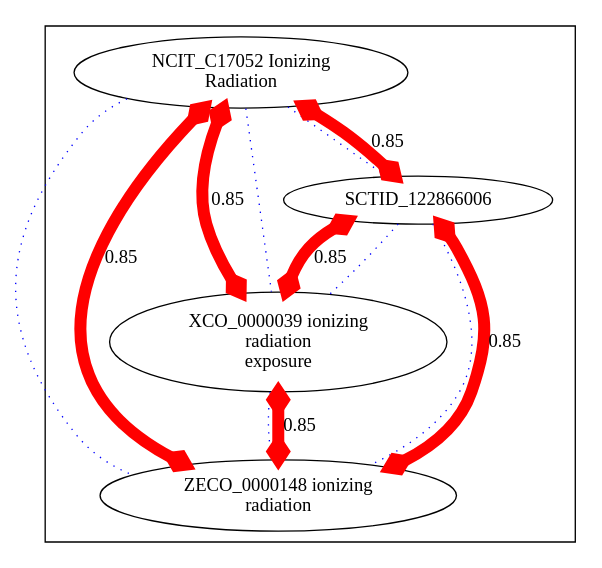
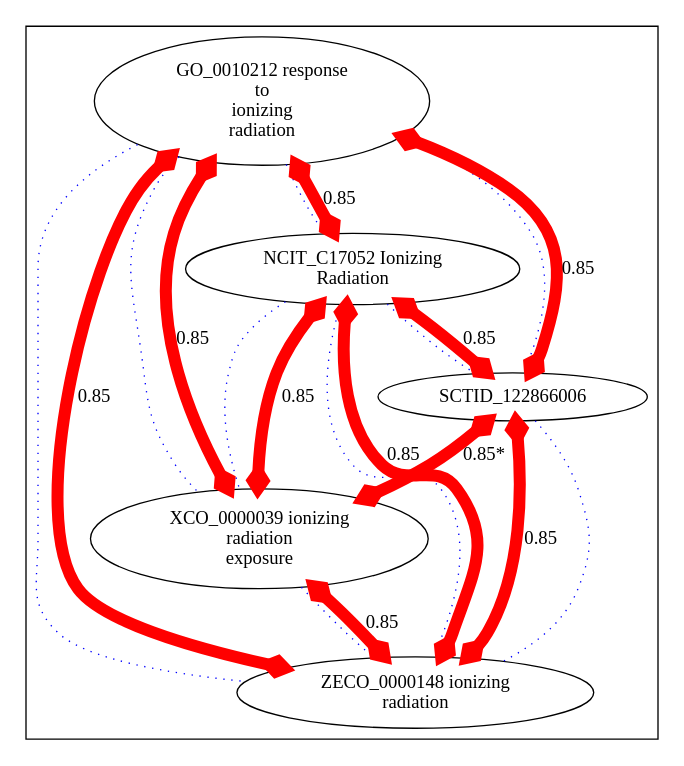
One commit to cmungall/radiation-ontology changed the diagram in target/img-XCO_0000039.dot. Above: the diagram before and after it, drawn with Graphviz. The commit also changed 22 other files, not shown here.

```diff
--- a/target/img-XCO_0000039.dot
+++ b/target/img-XCO_0000039.dot
@@ -1,32 +1,50 @@
 digraph cliquegraph {
 subgraph cluster_XCO_0000039 {XCO_0000039 [ label="XCO_0000039 ionizing
 radiation
 exposure" ];
 ZECO_0000148 [ label="ZECO_0000148 ionizing
 radiation" ];
 NCIT_C17052 [ label="NCIT_C17052 Ionizing
 Radiation" ];
+GO_0010212 [ label="GO_0010212 response
+to
+ionizing
+radiation" ];
 SCTID_122866006 [ label="SCTID_122866006 " ];}
 NCIT_C17052 -> XCO_0000039 [ arrowhead = none, penwidth=1, color=blue, label="", style=dotted]
 
-SCTID_122866006 -> ZECO_0000148 [ arrowhead = none, penwidth=1, color=blue, label="", style=dotted]
+NCIT_C17052 -> ZECO_0000148 [ arrowhead = none, penwidth=1, color=blue, label="", style=dotted]
 
 XCO_0000039 -> ZECO_0000148 [ arrowhead = none, penwidth=1, color=blue, label="", style=dotted]
 
+GO_0010212 -> NCIT_C17052 [ arrowhead = none, penwidth=1, color=blue, label="", style=dotted]
+
+GO_0010212 -> XCO_0000039 [ arrowhead = none, penwidth=1, color=blue, label="", style=dotted]
+
+SCTID_122866006 -> ZECO_0000148 [ arrowhead = none, penwidth=1, color=blue, label="", style=dotted]
+
+GO_0010212 -> SCTID_122866006 [ arrowhead = none, penwidth=1, color=blue, label="", style=dotted]
+
 NCIT_C17052 -> SCTID_122866006 [ arrowhead = none, penwidth=1, color=blue, label="", style=dotted]
 
-SCTID_122866006 -> XCO_0000039 [ arrowhead = none, penwidth=1, color=blue, label="", style=dotted]
+GO_0010212 -> ZECO_0000148 [ arrowhead = none, penwidth=1, color=blue, label="", style=dotted]
+GO_0010212 -> XCO_0000039 [ arrowhead = ediamond, penwidth=9, color=red, label="0.85", style=solid, arrowtail=ediamond, dir=both]
 
-NCIT_C17052 -> ZECO_0000148 [ arrowhead = none, penwidth=1, color=blue, label="", style=dotted]
 SCTID_122866006 -> ZECO_0000148 [ arrowhead = ediamond, penwidth=9, color=red, label="0.85", style=solid, arrowtail=ediamond, dir=both]
 
 NCIT_C17052 -> SCTID_122866006 [ arrowhead = ediamond, penwidth=9, color=red, label="0.85", style=solid, arrowtail=ediamond, dir=both]
 
-SCTID_122866006 -> XCO_0000039 [ arrowhead = ediamond, penwidth=9, color=red, label="0.85", style=solid, arrowtail=ediamond, dir=both]
+GO_0010212 -> NCIT_C17052 [ arrowhead = ediamond, penwidth=9, color=red, label="0.85", style=solid, arrowtail=ediamond, dir=both]
+
+GO_0010212 -> SCTID_122866006 [ arrowhead = ediamond, penwidth=9, color=red, label="0.85", style=solid, arrowtail=ediamond, dir=both]
+
+SCTID_122866006 -> XCO_0000039 [ arrowhead = ediamond, penwidth=9, color=red, label="0.85*", style=solid, arrowtail=ediamond, dir=both]
+
+GO_0010212 -> ZECO_0000148 [ arrowhead = ediamond, penwidth=9, color=red, label="0.85", style=solid, arrowtail=ediamond, dir=both]
 
 XCO_0000039 -> ZECO_0000148 [ arrowhead = ediamond, penwidth=9, color=red, label="0.85", style=solid, arrowtail=ediamond, dir=both]
 
 NCIT_C17052 -> ZECO_0000148 [ arrowhead = ediamond, penwidth=9, color=red, label="0.85", style=solid, arrowtail=ediamond, dir=both]
 
 NCIT_C17052 -> XCO_0000039 [ arrowhead = ediamond, penwidth=9, color=red, label="0.85", style=solid, arrowtail=ediamond, dir=both]
 }
```
